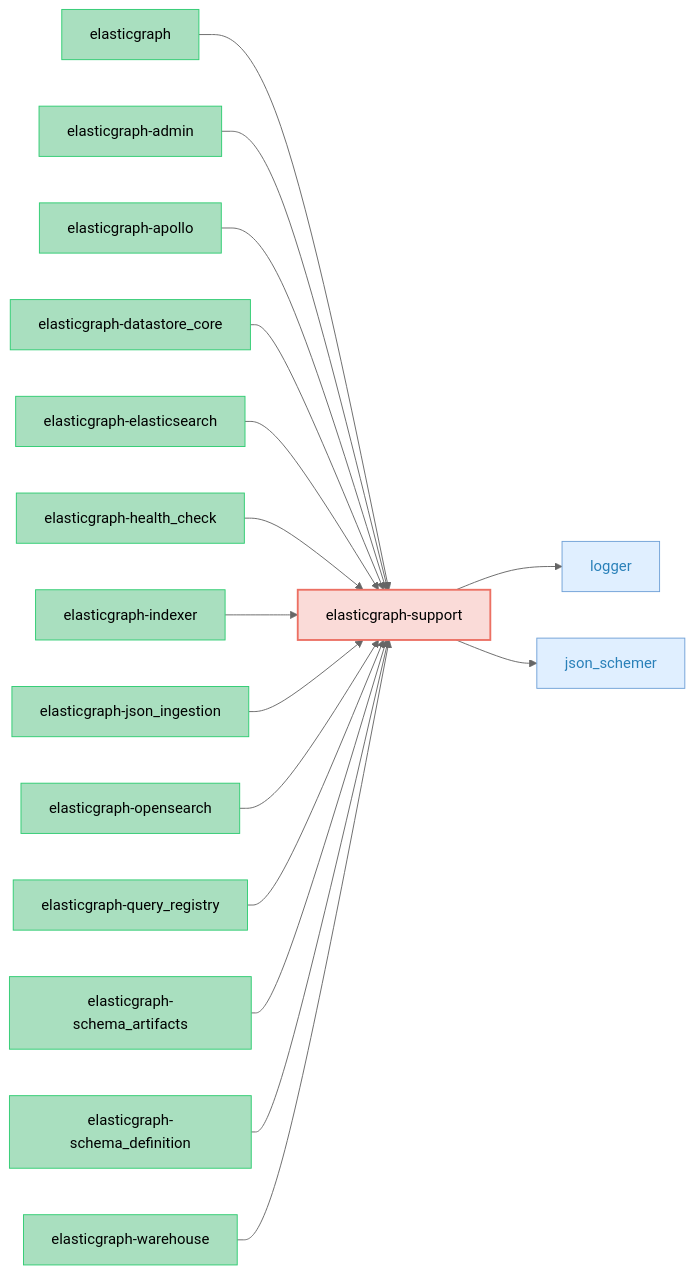
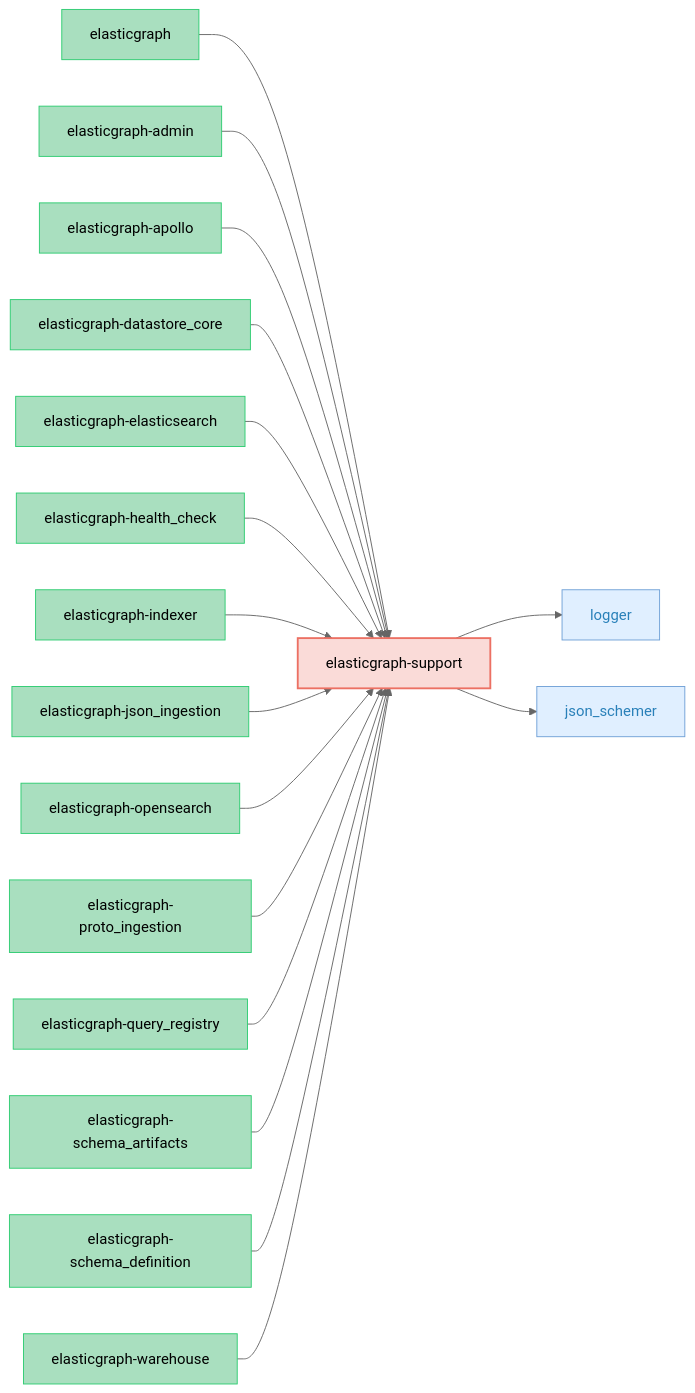
The diagram in elasticgraph-support/README.md (block/elasticgraph), drawn with Mermaid (neutral theme) before and after one commit. The commit also changed 18 other files, not shown here.

First line of the commit message:
Scaffold the elasticgraph-proto_ingestion gem

````diff
--- a/elasticgraph-support/README.md
+++ b/elasticgraph-support/README.md
@@ -14,55 +14,58 @@
 ```mermaid
 graph LR;
     classDef targetGemStyle fill:#FADBD8,stroke:#EC7063,color:#000,stroke-width:2px;
     classDef otherEgGemStyle fill:#A9DFBF,stroke:#2ECC71,color:#000;
     classDef externalGemStyle fill:#E0EFFF,stroke:#70A1D7,color:#2980B9;
     elasticgraph-support["elasticgraph-support"];
     class elasticgraph-support targetGemStyle;
     logger["logger"];
     elasticgraph-support --> logger;
     class logger externalGemStyle;
     json_schemer["json_schemer"];
     elasticgraph-support --> json_schemer;
     class json_schemer externalGemStyle;
     elasticgraph["elasticgraph"];
     elasticgraph --> elasticgraph-support;
     class elasticgraph otherEgGemStyle;
     elasticgraph-admin["elasticgraph-admin"];
     elasticgraph-admin --> elasticgraph-support;
     class elasticgraph-admin otherEgGemStyle;
     elasticgraph-apollo["elasticgraph-apollo"];
     elasticgraph-apollo --> elasticgraph-support;
     class elasticgraph-apollo otherEgGemStyle;
     elasticgraph-datastore_core["elasticgraph-datastore_core"];
     elasticgraph-datastore_core --> elasticgraph-support;
     class elasticgraph-datastore_core otherEgGemStyle;
     elasticgraph-elasticsearch["elasticgraph-elasticsearch"];
     elasticgraph-elasticsearch --> elasticgraph-support;
     class elasticgraph-elasticsearch otherEgGemStyle;
     elasticgraph-health_check["elasticgraph-health_check"];
     elasticgraph-health_check --> elasticgraph-support;
     class elasticgraph-health_check otherEgGemStyle;
     elasticgraph-indexer["elasticgraph-indexer"];
     elasticgraph-indexer --> elasticgraph-support;
     class elasticgraph-indexer otherEgGemStyle;
     elasticgraph-json_ingestion["elasticgraph-json_ingestion"];
     elasticgraph-json_ingestion --> elasticgraph-support;
     class elasticgraph-json_ingestion otherEgGemStyle;
     elasticgraph-opensearch["elasticgraph-opensearch"];
     elasticgraph-opensearch --> elasticgraph-support;
     class elasticgraph-opensearch otherEgGemStyle;
+    elasticgraph-proto_ingestion["elasticgraph-proto_ingestion"];
+    elasticgraph-proto_ingestion --> elasticgraph-support;
+    class elasticgraph-proto_ingestion otherEgGemStyle;
     elasticgraph-query_registry["elasticgraph-query_registry"];
     elasticgraph-query_registry --> elasticgraph-support;
     class elasticgraph-query_registry otherEgGemStyle;
     elasticgraph-schema_artifacts["elasticgraph-schema_artifacts"];
     elasticgraph-schema_artifacts --> elasticgraph-support;
     class elasticgraph-schema_artifacts otherEgGemStyle;
     elasticgraph-schema_definition["elasticgraph-schema_definition"];
     elasticgraph-schema_definition --> elasticgraph-support;
     class elasticgraph-schema_definition otherEgGemStyle;
     elasticgraph-warehouse["elasticgraph-warehouse"];
     elasticgraph-warehouse --> elasticgraph-support;
     class elasticgraph-warehouse otherEgGemStyle;
     click logger href "https://rubygems.org/gems/logger" "Open on RubyGems.org" _blank;
     click json_schemer href "https://rubygems.org/gems/json_schemer" "Open on RubyGems.org" _blank;
 ```
````
